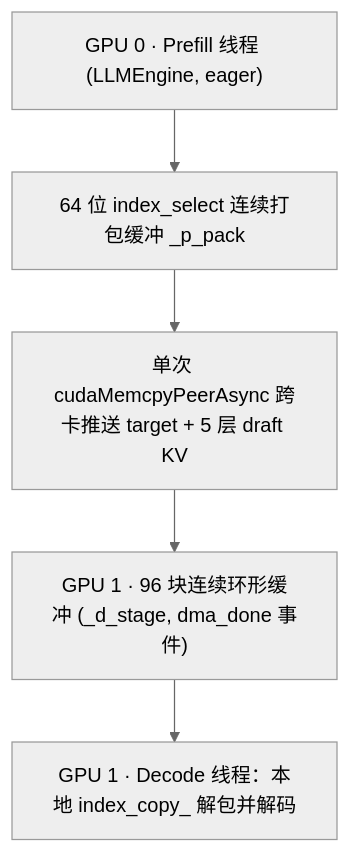
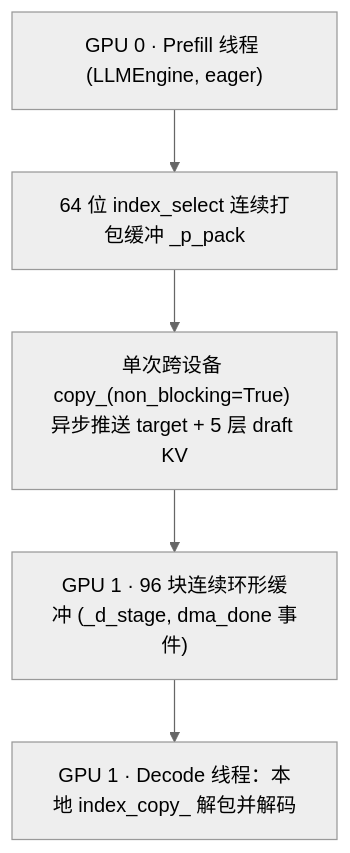
One commit to tianyuantong/nano-vllm-speculative-decoding changed the diagram in README.md. Above: the diagram before and after it, drawn with Mermaid (neutral theme). The commit also changed other lines of this file and 3 other files, not shown here.

Commit message:
docs: align P2P handoff wording with copy_(non_blocking=True) API

````diff
--- a/README.md
+++ b/README.md
@@ -51,7 +51,7 @@
 ```mermaid
 flowchart TB
     P["GPU 0 · Prefill 线程 (LLMEngine, eager)"] --> Pack["64 位 index_select 连续打包缓冲 _p_pack"]
-    Pack --> DMA["单次 cudaMemcpyPeerAsync 跨卡推送 target + 5 层 draft KV"]
+    Pack --> DMA["单次跨设备 copy_(non_blocking=True) 异步推送 target + 5 层 draft KV"]
     DMA --> Ring["GPU 1 · 96 块连续环形缓冲 (_d_stage, dma_done 事件)"]
     Ring --> D["GPU 1 · Decode 线程：本地 index_copy_ 解包并解码"]
 ```
````
